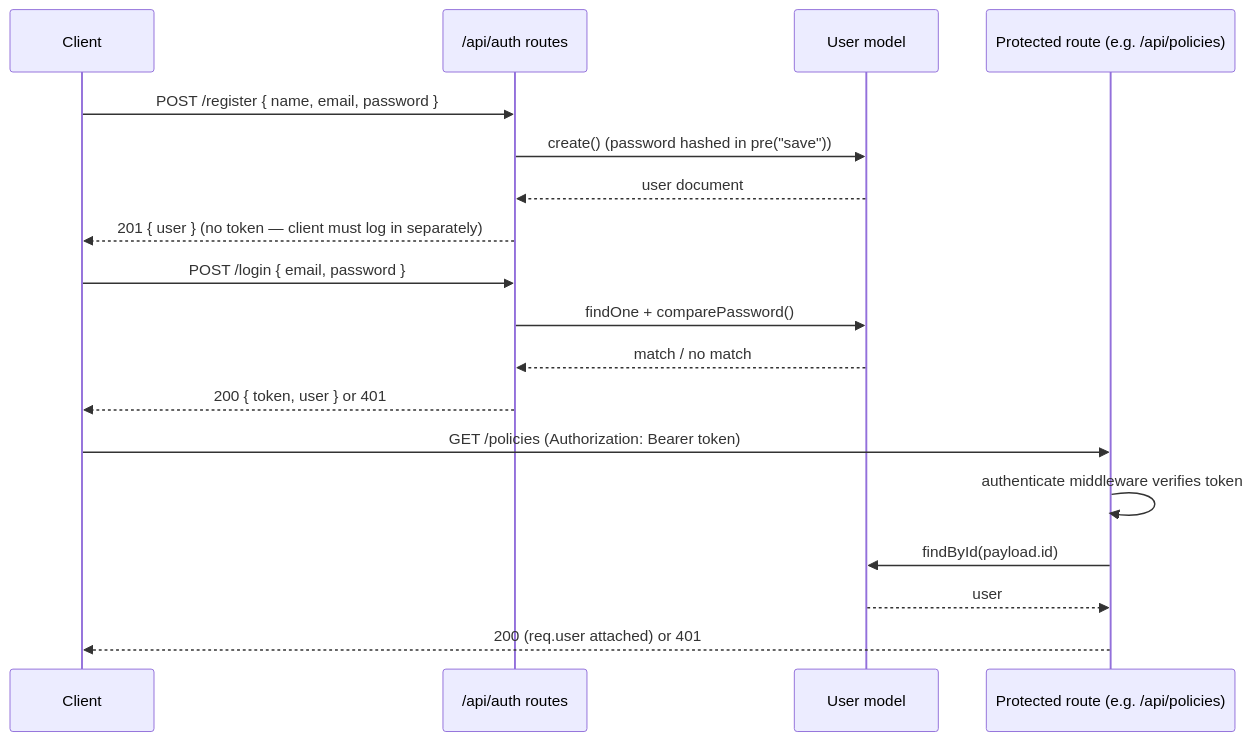
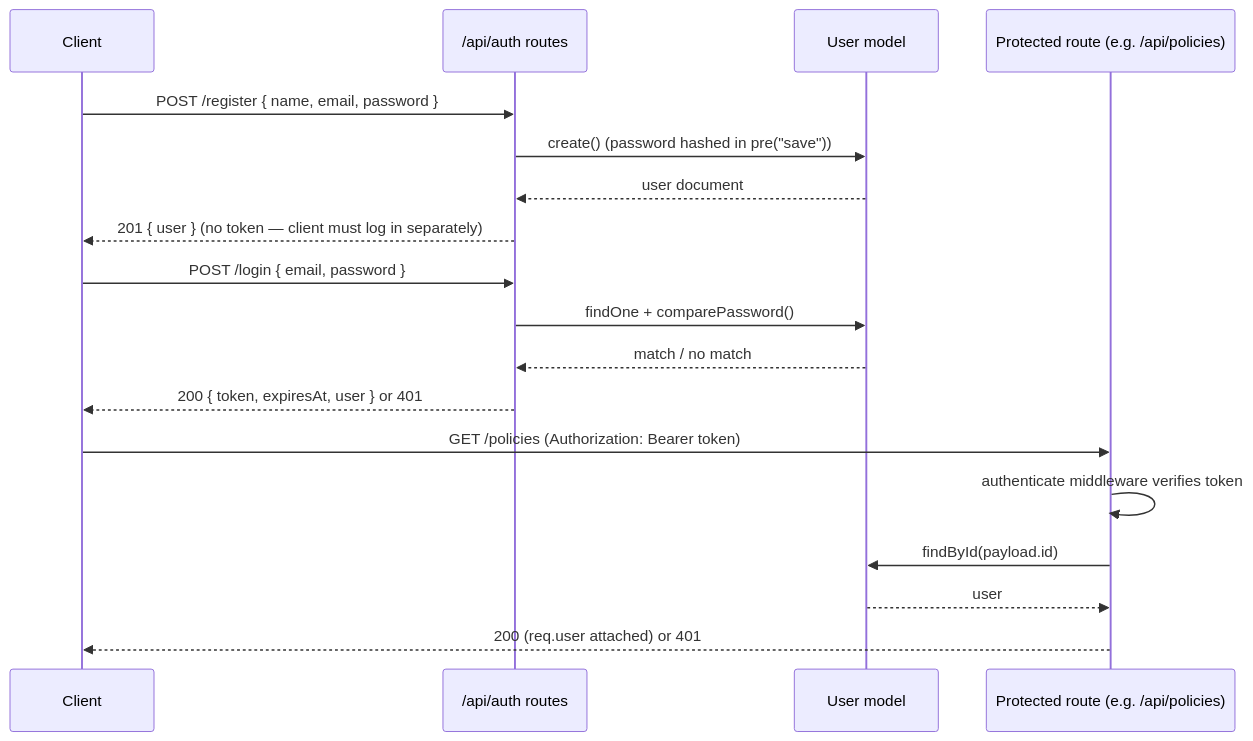
The fourth of 4 diagrams in docs/ARCHITECTURE.md (das77/fsep-cap3-policy-claims-tracker), drawn with Mermaid before and after one commit. The commit also changed 1 other file, not shown here.

Commit message:
refactor: update login response to include JWT expiry timestamp

````diff
--- a/docs/ARCHITECTURE.md
+++ b/docs/ARCHITECTURE.md
@@ -57,23 +57,23 @@
 ```mermaid
 sequenceDiagram
     participant C as Client
     participant A as /api/auth routes
     participant U as User model
     participant R as Protected route (e.g. /api/policies)
 
     C->>A: POST /register { name, email, password }
     A->>U: create() (password hashed in pre("save"))
     U-->>A: user document
     A-->>C: 201 { user } (no token — client must log in separately)
 
     C->>A: POST /login { email, password }
     A->>U: findOne + comparePassword()
     U-->>A: match / no match
-    A-->>C: 200 { token, user } or 401
+    A-->>C: 200 { token, expiresAt, user } or 401
 
     C->>R: GET /policies (Authorization: Bearer token)
     R->>R: authenticate middleware verifies token
     R->>U: findById(payload.id)
     U-->>R: user
     R-->>C: 200 (req.user attached) or 401
 ```
````
